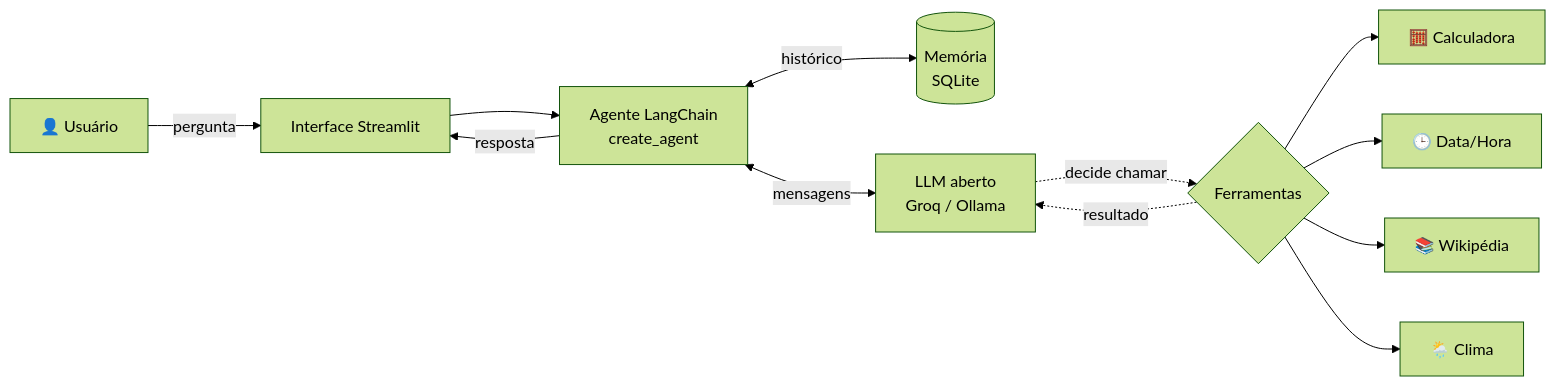
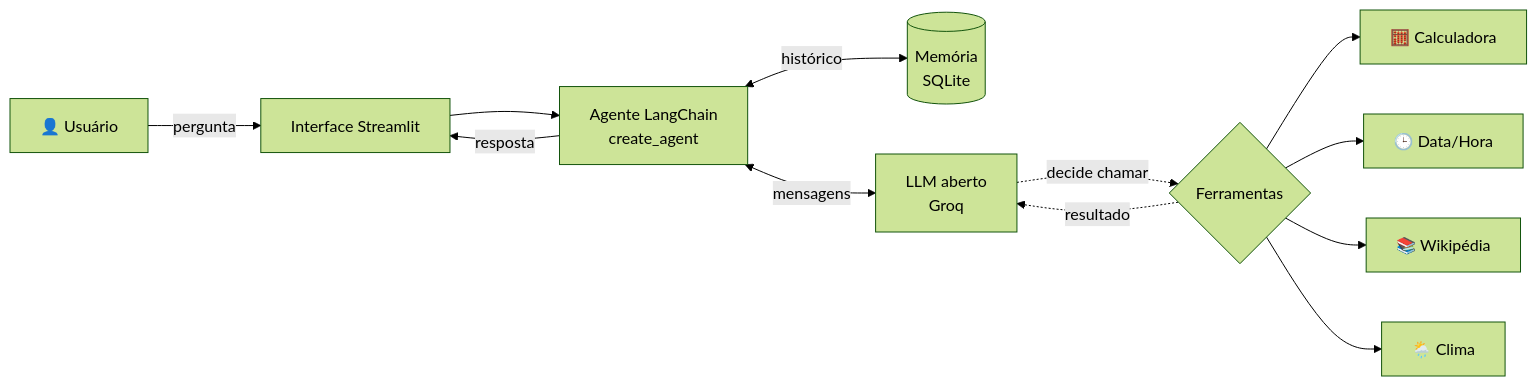
The diagram in README.md (DavidHenrique2106/agente-ia-llm), drawn with Mermaid (forest theme) before and after one commit. The commit also changed other lines of this file and 8 other files, not shown here.

````diff
--- a/README.md
+++ b/README.md
@@ -47,14 +47,14 @@
 ```mermaid
 flowchart LR
     U[👤 Usuário] -->|pergunta| UI[Interface Streamlit]
     UI --> A[Agente LangChain<br/>create_agent]
     A <-->|histórico| M[(Memória<br/>SQLite)]
-    A <-->|mensagens| LLM[LLM aberto<br/>Groq / Ollama]
+    A <-->|mensagens| LLM[LLM aberto<br/>Groq]
     LLM -.->|decide chamar| T{Ferramentas}
     T --> T1[🧮 Calculadora]
     T --> T2[🕒 Data/Hora]
     T --> T3[📚 Wikipédia]
     T --> T4[🌦️ Clima]
     T -.->|resultado| LLM
     A -->|resposta| UI
 ```
````
